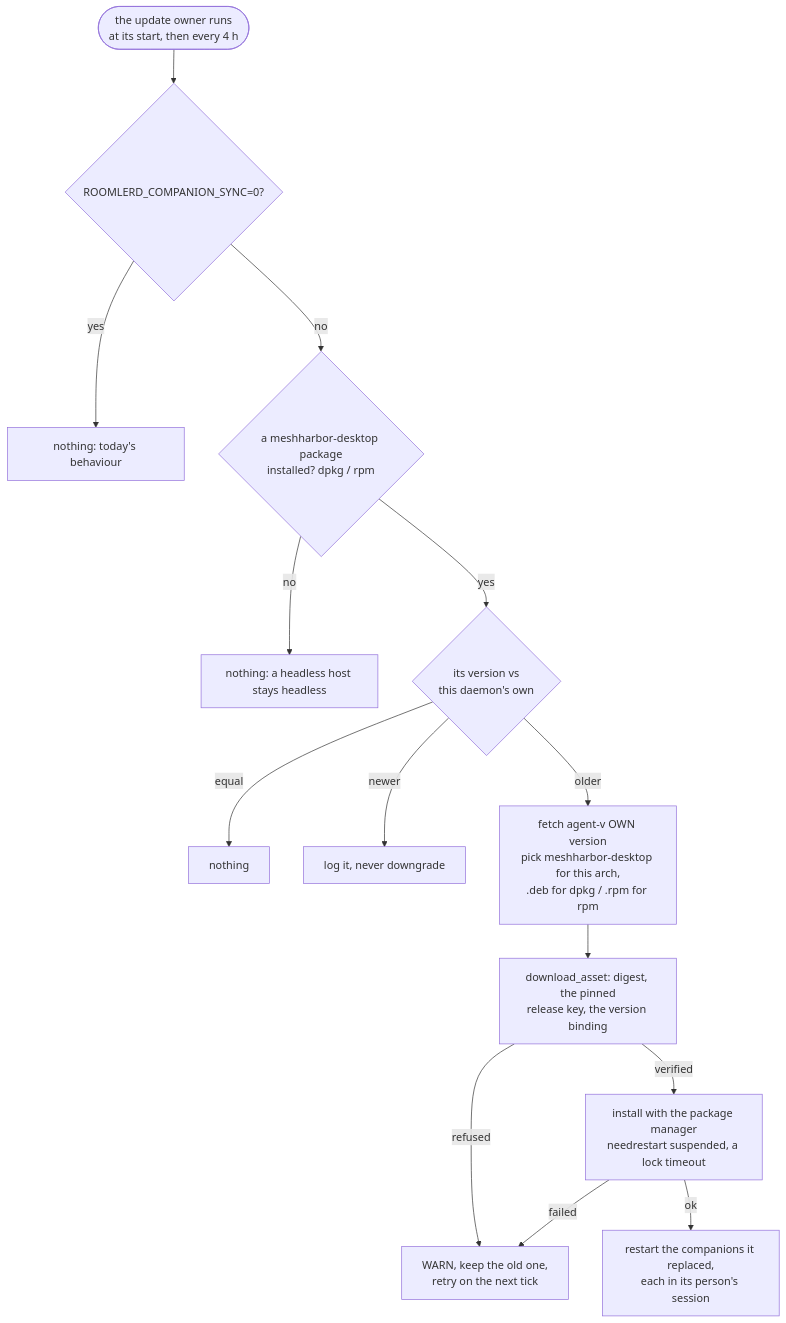
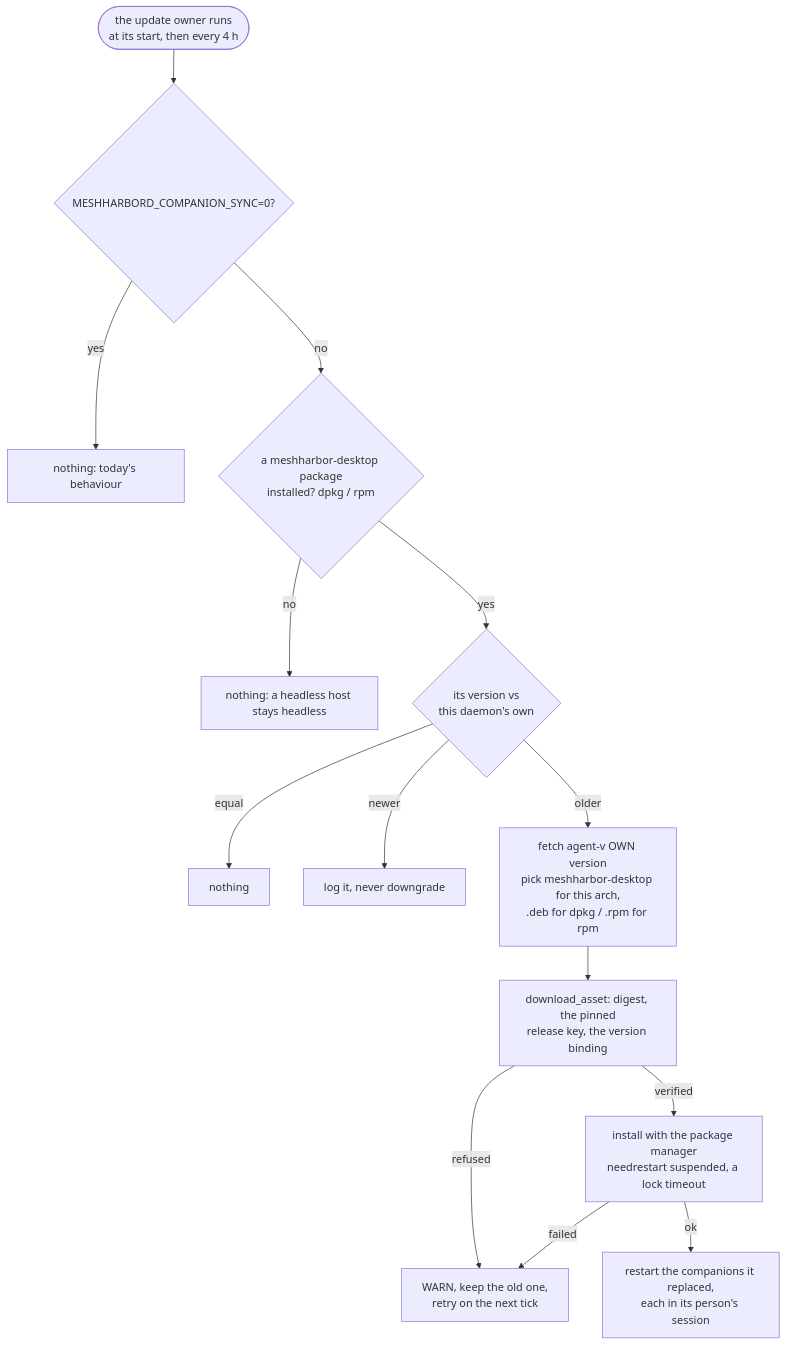
The diagram in docs/fr/FR-117-one-version-on-every-device.md (jk-zhang-meta/MeshHarbor), drawn with Mermaid before and after one commit. The commit also changed other lines of this file and 730 other files, not shown here.

````diff
--- a/docs/fr/FR-117-one-version-on-every-device.md
+++ b/docs/fr/FR-117-one-version-on-every-device.md
@@ -47,16 +47,16 @@
 ```mermaid
 flowchart TD
-    S([the update owner runs<br/>at its start, then every 4 h]) --> K{ROOMLERD_COMPANION_SYNC=0?}
+    S([the update owner runs<br/>at its start, then every 4 h]) --> K{MESHHARBORD_COMPANION_SYNC=0?}
     K -->|yes| N0[nothing: today's behaviour]
     K -->|no| Q{a meshharbor-desktop package<br/>installed? dpkg / rpm}
     Q -->|no| N1[nothing: a headless host stays headless]
     Q -->|yes| V{its version vs<br/>this daemon's own}
     V -->|equal| N2[nothing]
     V -->|newer| N3[log it, never downgrade]
     V -->|older| F[fetch agent-v OWN version<br/>pick meshharbor-desktop for this arch,<br/>.deb for dpkg / .rpm for rpm]
     F --> D[download_asset: digest, the pinned<br/>release key, the version binding]
     D -->|refused| R1[WARN, keep the old one,<br/>retry on the next tick]
     D -->|verified| I[install with the package manager<br/>needrestart suspended, a lock timeout]
     I -->|failed| R1
     I -->|ok| P[restart the companions it replaced,<br/>each in its person's session]
 ```
````
